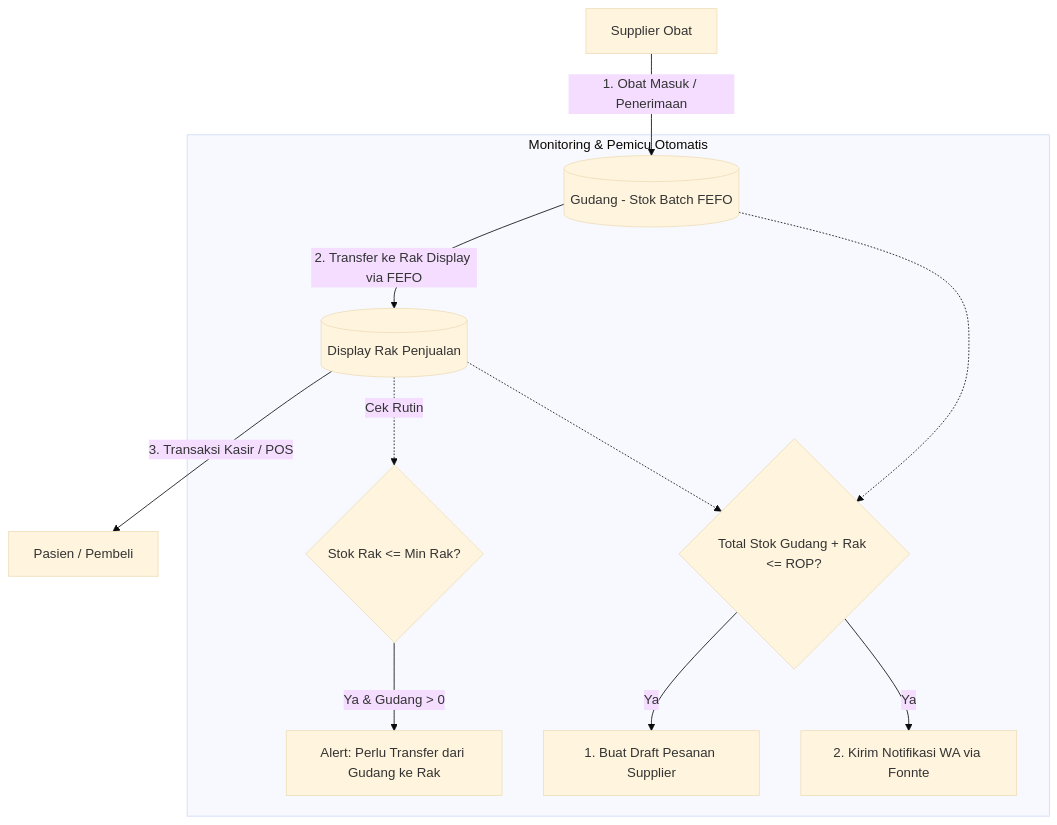
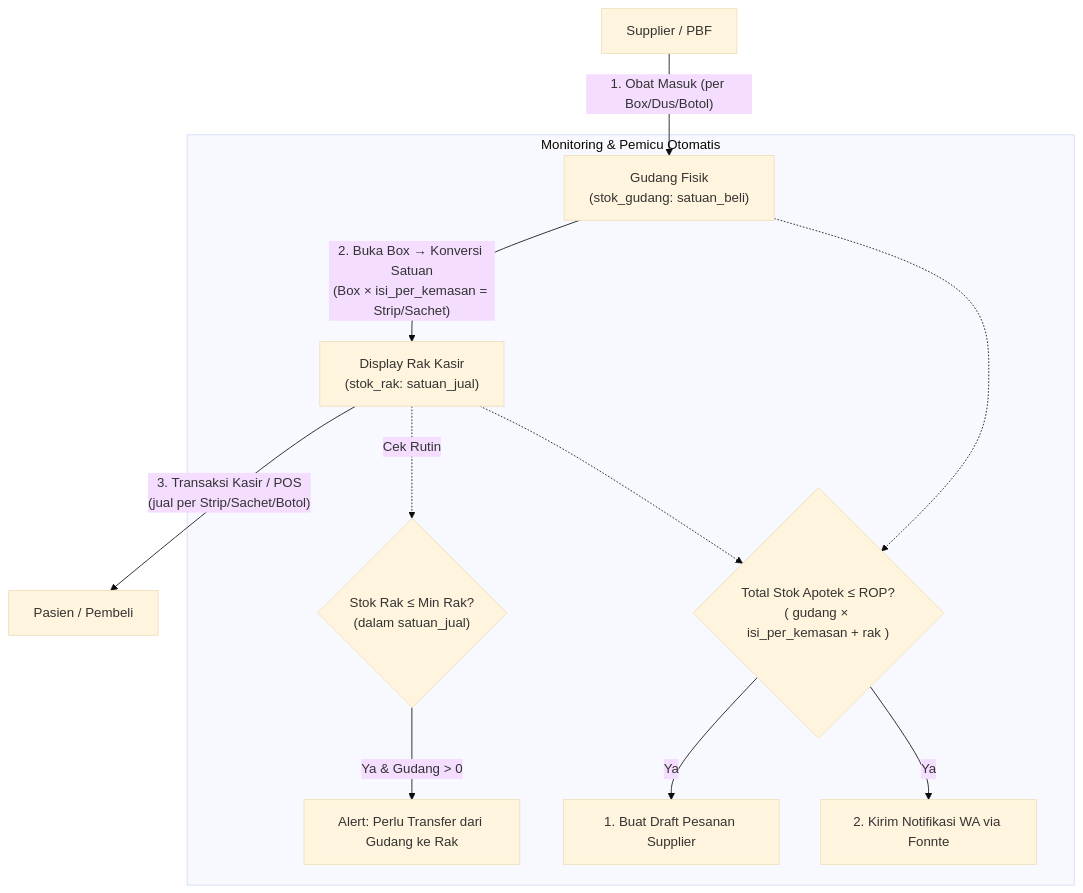
Before and after one commit to Altheriaa/sim-apotek-rop-fefo: the diagram in Perancangan_Sistem_Stok_Obat_Laravel.md, drawn with Mermaid (base theme). The commit also changed other lines of this file and 33 other files, not shown here.

Commit message:
feat: implement tiered units (satuan bertingkat) and split unit pricing for obat module

````diff
--- a/Perancangan_Sistem_Stok_Obat_Laravel.md
+++ b/Perancangan_Sistem_Stok_Obat_Laravel.md
@@ -36,16 +37,16 @@
 ```mermaid
 graph TD
-    A[Supplier Obat] -->|1. Obat Masuk / Penerimaan| B[(Gudang - Stok Batch FEFO)]
-    B -->|2. Transfer ke Rak Display via FEFO| C[(Display Rak Penjualan)]
-    C -->|3. Transaksi Kasir / POS| D[Pasien / Pembeli]
+    A[Supplier / PBF] -->|"1. Obat Masuk (per Box/Dus/Botol)"| B["Gudang Fisik<br/>(stok_gudang: satuan_beli)"]
+    B -->|"2. Buka Box → Konversi Satuan<br/>(Box × isi_per_kemasan = Strip/Sachet)"| C["Display Rak Kasir<br/>(stok_rak: satuan_jual)"]
+    C -->|"3. Transaksi Kasir / POS<br/>(jual per Strip/Sachet/Botol)"| D[Pasien / Pembeli]
     
     subgraph Monitoring & Pemicu Otomatis
-        C -.->|Cek Rutin| E{Stok Rak <= Min Rak?}
-        E -->|Ya & Gudang > 0| F[Alert: Perlu Transfer dari Gudang ke Rak]
+        C -.->|Cek Rutin| E{"Stok Rak ≤ Min Rak?<br/>(dalam satuan_jual)"}
+        E -->|"Ya & Gudang > 0"| F["Alert: Perlu Transfer dari Gudang ke Rak"]
         
-        B -.-> G{Total Stok Gudang + Rak <= ROP?}
+        B -.-> G{"Total Stok Apotek ≤ ROP?<br/>( gudang × isi_per_kemasan + rak )"}
         C -.-> G
         G -->|Ya| H[1. Buat Draft Pesanan Supplier]
         G -->|Ya| I[2. Kirim Notifikasi WA via Fonnte]
     end
 ```
````
